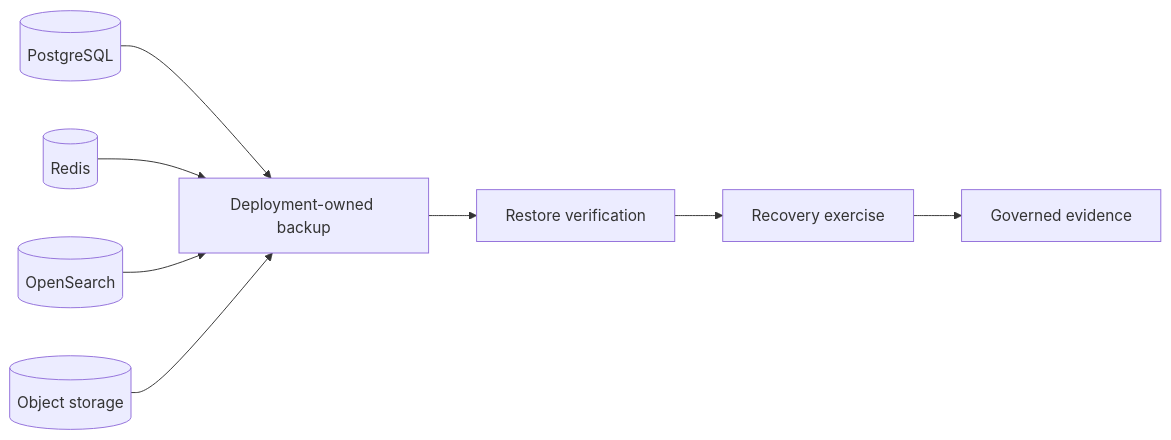
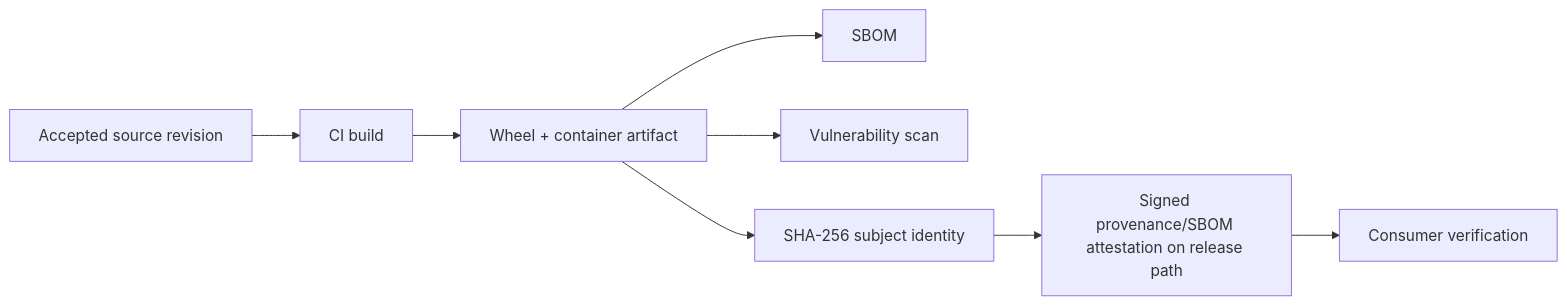
The diagram in docs/project/CURRENT_STATE.md (GJvManen/dtmo), drawn with Mermaid before and after one commit. The commit also changed other lines of this file, not shown here.

````diff
--- a/docs/project/CURRENT_STATE.md
+++ b/docs/project/CURRENT_STATE.md
@@ -55,10 +56,10 @@
 ```mermaid
 flowchart LR
-    PG[(PostgreSQL)] --> B[Deployment-owned backup]
-    R[(Redis)] --> B
-    O[(OpenSearch)] --> B
-    S[(Object storage)] --> B
-    B --> V[Restore verification]
-    V --> X[Recovery exercise]
-    X --> E[Governed evidence]
+    S[Accepted source revision] --> B[CI build]
+    B --> A[Wheel + container artifact]
+    A --> SB[SBOM]
+    A --> V[Vulnerability scan]
+    A --> H[SHA-256 subject identity]
+    H --> P[Signed provenance/SBOM attestation on release path]
+    P --> C[Consumer verification]
 ```
````
